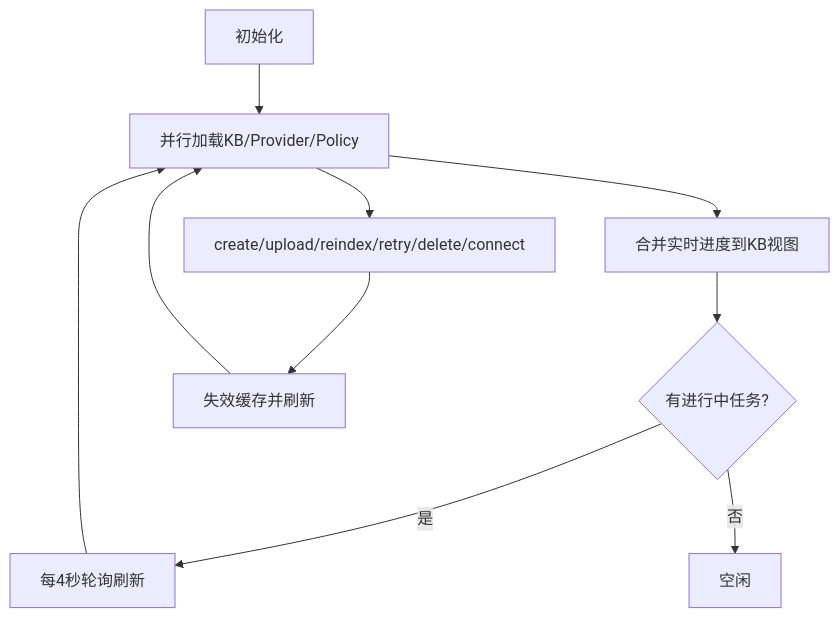
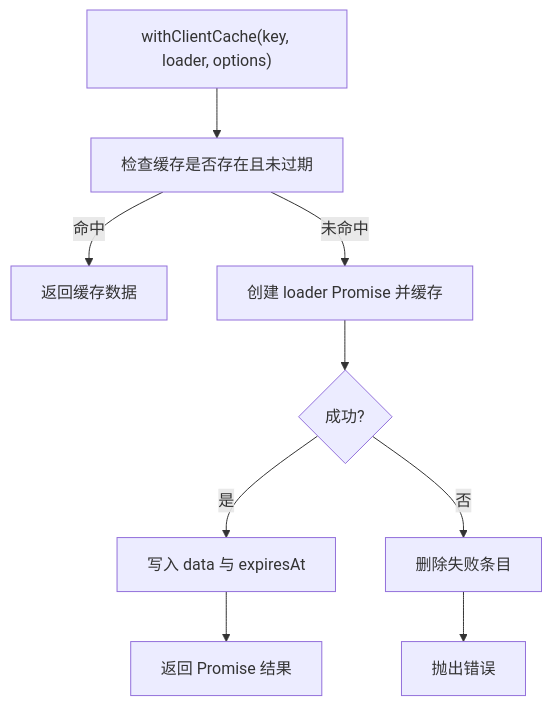
The sixth of 8 diagrams in .qoder/repowiki/zh/content/前端架构/状态管理.md (gongzili456/DeepTutor), drawn with Mermaid before and after one commit. The commit also changed other lines of this file and 1242 other files, not shown here.

````diff
--- a/.qoder/repowiki/zh/content/前端架构/状态管理.md
+++ b/.qoder/repowiki/zh/content/前端架构/状态管理.md
@@ -238,12 +278,11 @@
 ```mermaid
 flowchart TD
-Init["初始化"] --> Load["并行加载KB/Provider/Policy"]
-Load --> Merge["合并实时进度到KB视图"]
-Merge --> Active{"有进行中任务?"}
-Active -- 是 --> Poll["每4秒轮询刷新"]
-Active -- 否 --> Idle["空闲"]
-Poll --> Load
-Load --> Mutations["create/upload/reindex/retry/delete/connect"]
-Mutations --> Invalidate["失效缓存并刷新"]
-Invalidate --> Load
+Call["withClientCache(key, loader, options)"] --> CheckCache["检查缓存是否存在且未过期"]
+CheckCache --> |命中| ReturnCached["返回缓存数据"]
+CheckCache --> |未命中| CreatePromise["创建 loader Promise 并缓存"]
+CreatePromise --> Success{"成功?"}
+Success --> |是| SetData["写入 data 与 expiresAt"]
+Success --> |否| DeleteEntry["删除失败条目"]
+SetData --> ReturnPromise["返回 Promise 结果"]
+DeleteEntry --> ThrowError["抛出错误"]
 ```
````
